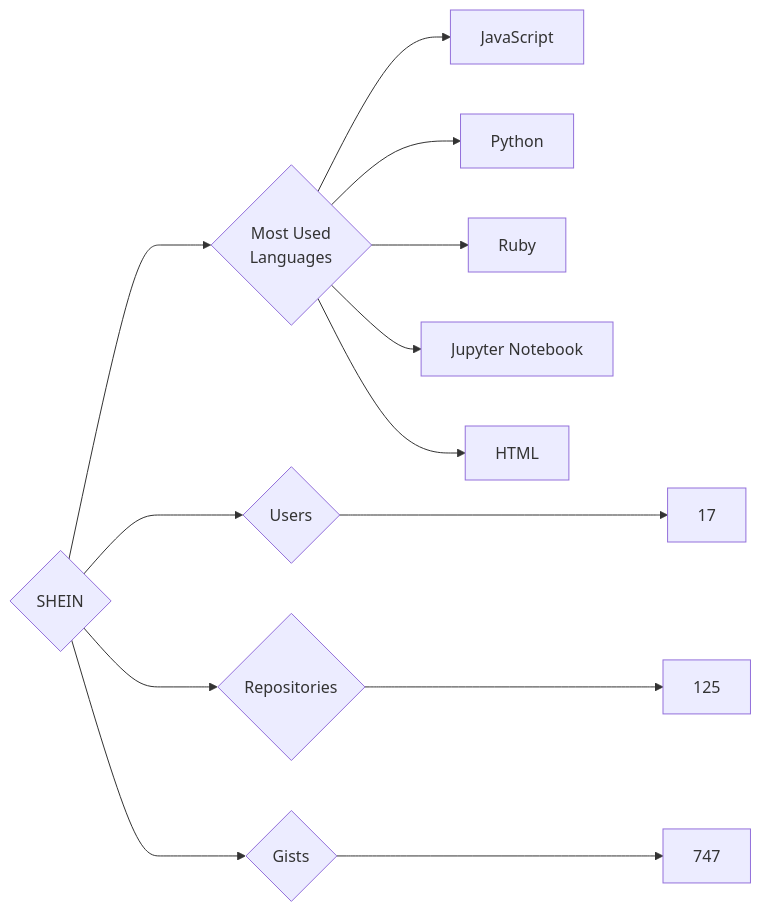
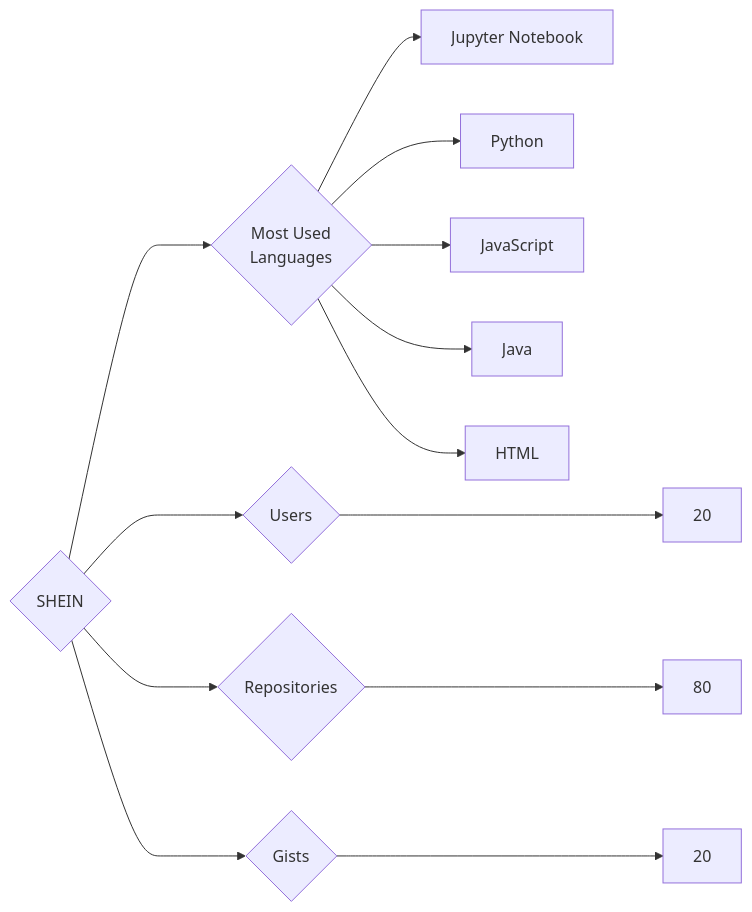
One commit to trickest/insiders changed the diagram in targets/SHEIN/README.md. Above: the diagram before and after it, drawn with Mermaid. The commit also changed 765 other files, not shown here.

````diff
--- a/targets/SHEIN/README.md
+++ b/targets/SHEIN/README.md
@@ -3,13 +3,13 @@
 ```mermaid
 graph LR
 COMPANY_NAME{SHEIN}
-COMPANY_NAME ---> U{Users} ---> UN[17]
-COMPANY_NAME ---> R{Repositories} ---> RN[125]
-COMPANY_NAME ---> G{Gists} ---> GN[747]
+COMPANY_NAME ---> U{Users} ---> UN[20]
+COMPANY_NAME ---> R{Repositories} ---> RN[80]
+COMPANY_NAME ---> G{Gists} ---> GN[20]
 COMPANY_NAME ---> ML{Most Used<br>Languages}
+ML --> Jupyter_Notebook[Jupyter Notebook]
+ML --> Python[Python]
 ML --> JavaScript[JavaScript]
-ML --> Python[Python]
-ML --> Ruby[Ruby]
-ML --> Jupyter_Notebook[Jupyter Notebook]
+ML --> Java[Java]
 ML --> HTML[HTML]
 ```
````
